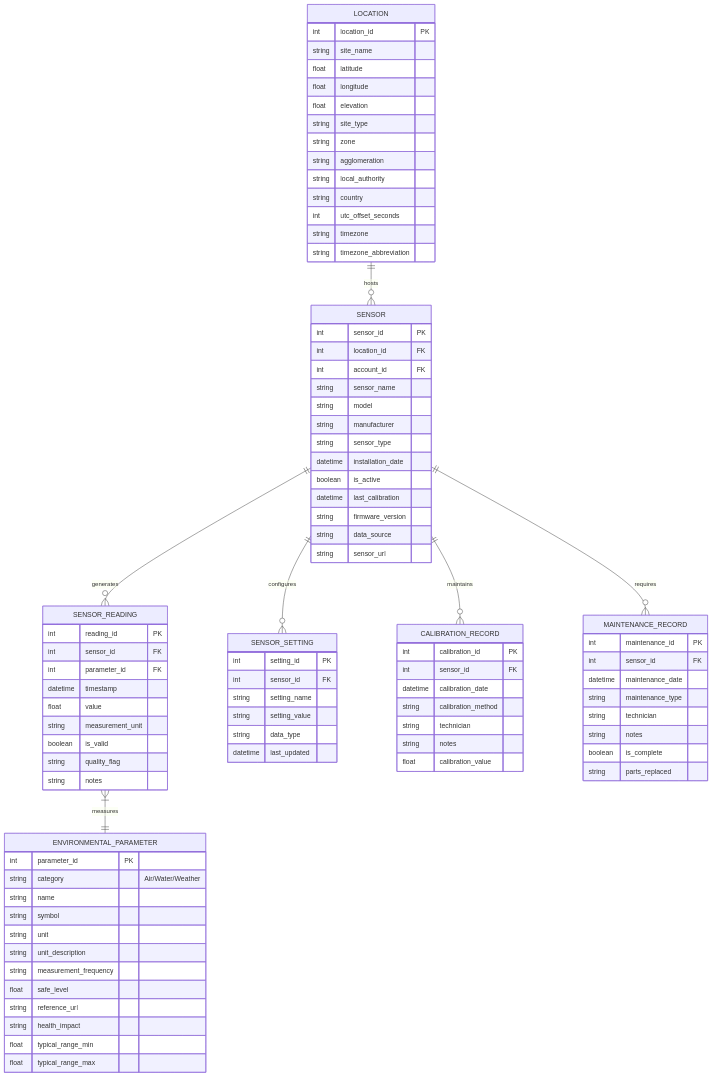
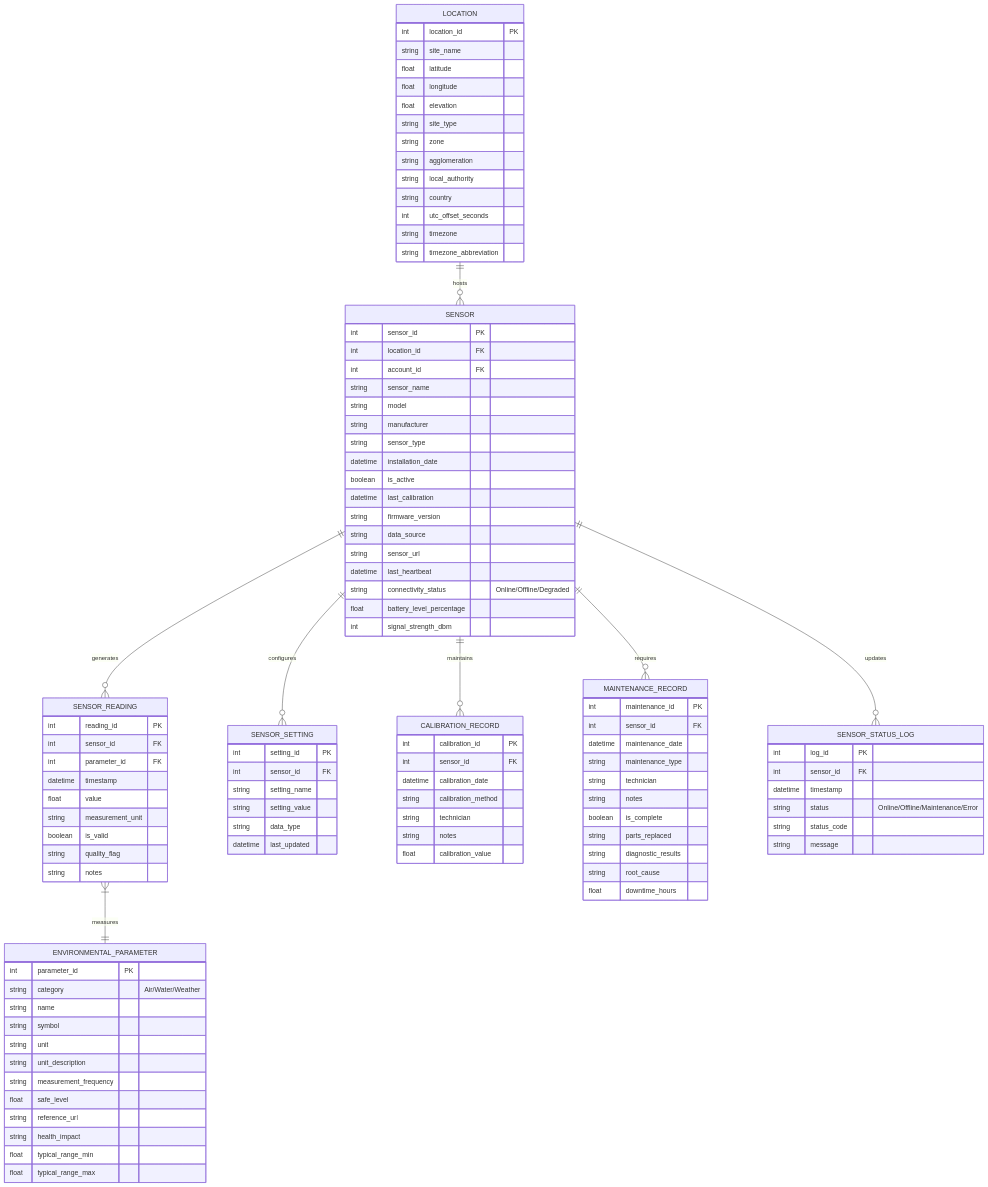
The diagram in sensorERD.md (40626785/Environment-Manager), drawn with Mermaid before and after one commit.

Commit message:
fix: chnages to sensor erd

````diff
--- a/sensorERD.md
+++ b/sensorERD.md
@@ -5,6 +5,7 @@
     SENSOR ||--o{ SENSOR_SETTING : configures
     SENSOR ||--o{ CALIBRATION_RECORD : maintains
     SENSOR ||--o{ MAINTENANCE_RECORD : requires
+    SENSOR ||--o{ SENSOR_STATUS_LOG : updates
     LOCATION ||--o{ SENSOR : hosts
     
     LOCATION {
@@ -37,6 +38,10 @@
         string firmware_version
         string data_source
         string sensor_url
+        datetime last_heartbeat
+        string connectivity_status "Online/Offline/Degraded"
+        float battery_level_percentage
+        int signal_strength_dbm
     }
     
     SENSOR_READING {
@@ -94,5 +99,17 @@
         string notes
         boolean is_complete
         string parts_replaced
+        string diagnostic_results
+        string root_cause
+        float downtime_hours
+    }
+    
+    SENSOR_STATUS_LOG {
+        int log_id PK
+        int sensor_id FK
+        datetime timestamp
+        string status "Online/Offline/Maintenance/Error"
+        string status_code
+        string message
     }
 ```
````
